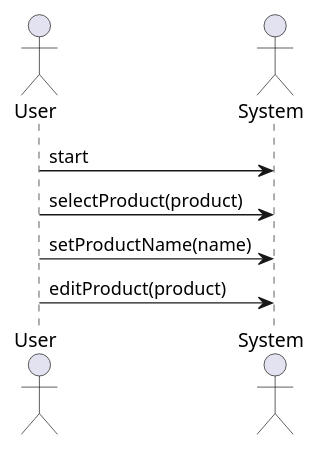
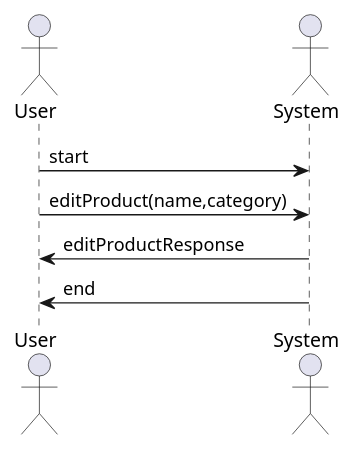
The diagram in src/diagrams_operations/edit_product.wsd (drDeepl/purchased-products-app-nest), drawn with PlantUML before and after one commit. The commit also changed 36 other files, not shown here.

```diff
--- a/src/diagrams_operations/edit_product.wsd
+++ b/src/diagrams_operations/edit_product.wsd
@@ -1,14 +1,14 @@
 @startuml edit_product
 
 skinparam backgroundColor #FFFFFF
 
 
 actor User
 actor System
 
 User -> System: start
-User -> System: selectProduct(product)
-User -> System: setProductName(name)
-User -> System: editProduct(product)
+User -> System: editProduct(name,category)
+System -> User: editProductResponse
+System -> User: end
 
 @enduml
```
